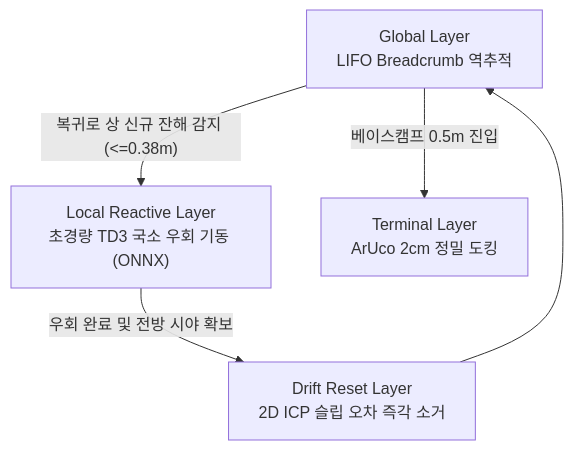
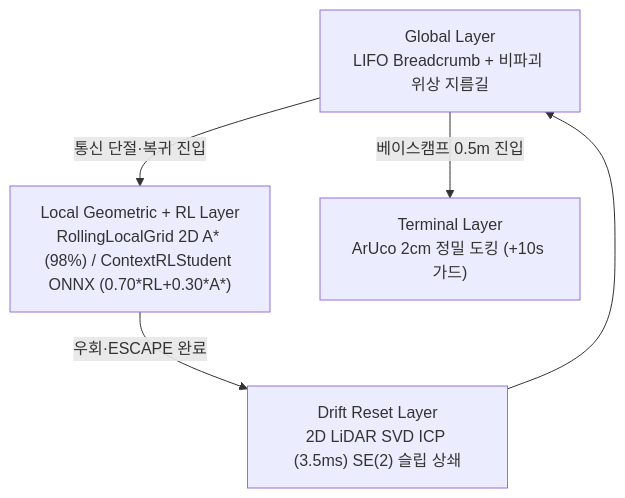
Before and after one commit to rjw136-lab/disaster_recovery_ws: the third of 3 diagrams in README.md, drawn with Mermaid. The commit also changed other lines of this file and 71 other files, not shown here.

````diff
--- a/README.md
+++ b/README.md
@@ -240,7 +240,7 @@
 ```mermaid
 flowchart TD
-    G["Global Layer<br/>LIFO Breadcrumb 역추적"] -->|"복귀로 상 신규 잔해 감지 (<=0.38m)"| L["Local Reactive Layer<br/>초경량 TD3 국소 우회 기동 (ONNX)"]
-    L -->|"우회 완료 및 전방 시야 확보"| D["Drift Reset Layer<br/>2D ICP 슬립 오차 즉각 소거"]
+    G["Global Layer<br/>LIFO Breadcrumb + 비파괴 위상 지름길"] -->|"통신 단절·복귀 진입"| L["Local Geometric + RL Layer<br/>RollingLocalGrid 2D A* (98%) / ContextRLStudent ONNX (0.70*RL+0.30*A*)"]
+    L -->|"우회·ESCAPE 완료"| D["Drift Reset Layer<br/>2D LiDAR SVD ICP (3.5ms) SE(2) 슬립 상쇄"]
     D --> G
-    G -->|"베이스캠프 0.5m 진입"| T["Terminal Layer<br/>ArUco 2cm 정밀 도킹"]
+    G -->|"베이스캠프 0.5m 진입"| T["Terminal Layer<br/>ArUco 2cm 정밀 도킹 (+10s 가드)"]
 ```
````
